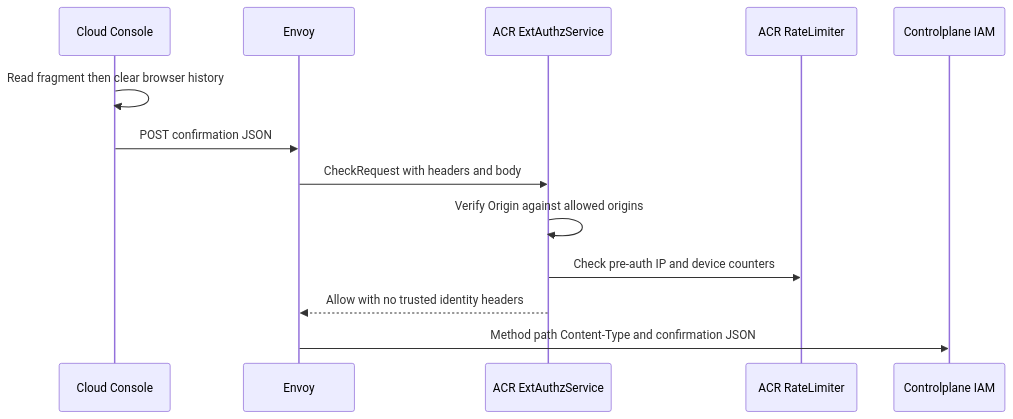
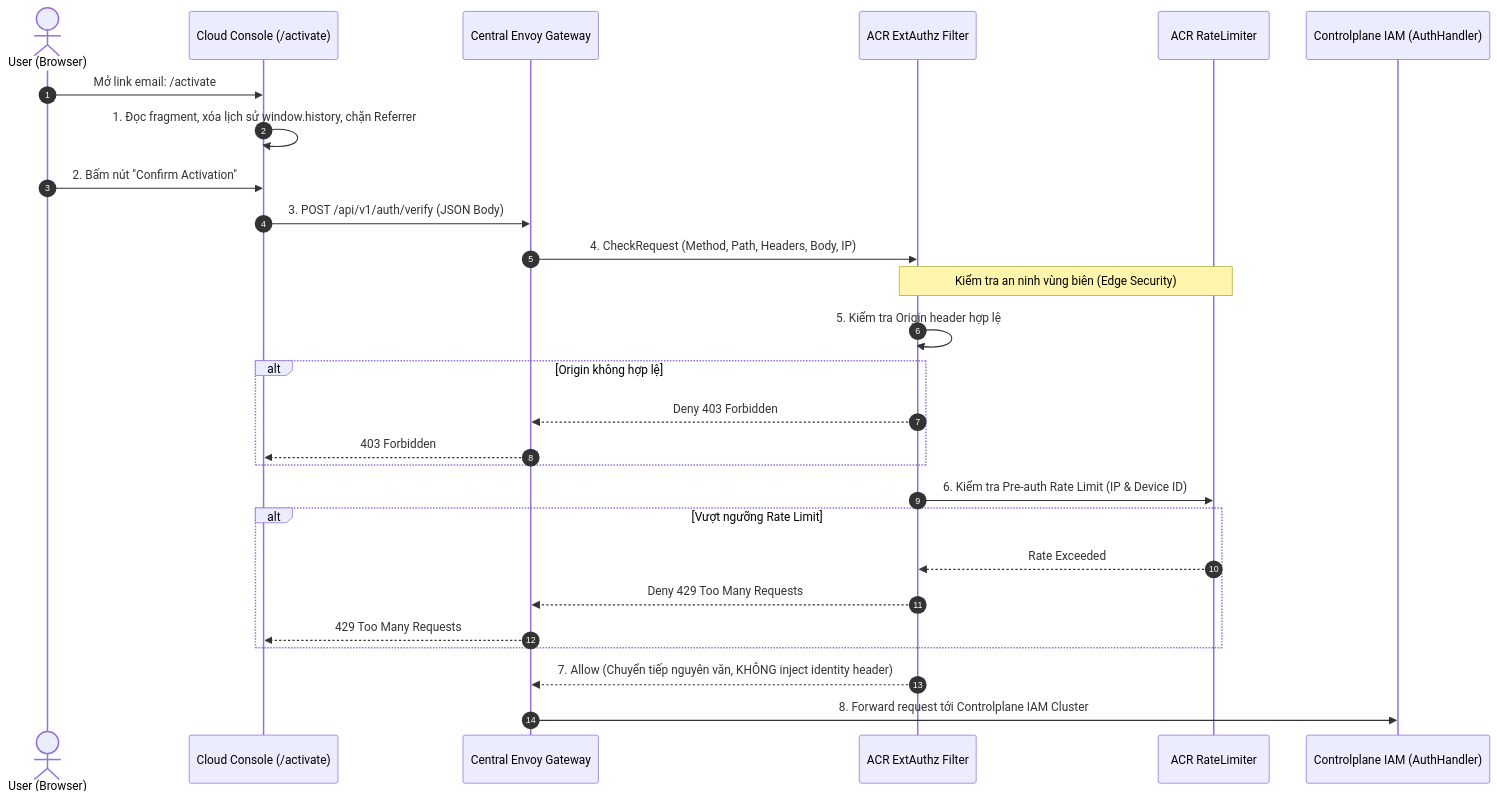
The first of 5 diagrams in god_view/iam/account_verification_god_view_workflow.md (phucle996/aurora), drawn with Mermaid before and after one commit. The commit also changed other lines of this file and 14 other files, not shown here.

Commit message:
fix(acr): reclaim device revocations and emit eviction streams directly

````diff
--- a/god_view/iam/account_verification_god_view_workflow.md
+++ b/god_view/iam/account_verification_god_view_workflow.md
@@ -64,16 +78,32 @@
 ```mermaid
 sequenceDiagram
-    participant UI as Cloud Console
-    participant E as Envoy
-    participant X as ACR ExtAuthzService
+    autonumber
+    actor User as User (Browser)
+    participant UI as Cloud Console (/activate)
+    participant Envoy as Central Envoy Gateway
+    participant ACR as ACR ExtAuthz Filter
     participant RL as ACR RateLimiter
-    participant IAM as Controlplane IAM
+    participant IAM as Controlplane IAM (AuthHandler)
 
-    UI->>UI: Read fragment then clear browser history
-    UI->>E: POST confirmation JSON
-    E->>X: CheckRequest with headers and body
-    X->>X: Verify Origin against allowed origins
-    X->>RL: Check pre-auth IP and device counters
-    X-->>E: Allow with no trusted identity headers
-    E->>IAM: Method path Content-Type and confirmation JSON
+    User->>UI: Mở link email: /activate#user_id=...&event_id=...&token=...
+    UI->>UI: 1. Đọc fragment, xóa lịch sử window.history, chặn Referrer
+    User->>UI: 2. Bấm nút "Confirm Activation"
+    UI->>Envoy: 3. POST /api/v1/auth/verify (JSON Body)
+    Envoy->>ACR: 4. CheckRequest (Method, Path, Headers, Body, IP)
+
+    Note over ACR,RL: Kiểm tra an ninh vùng biên (Edge Security)
+    ACR->>ACR: 5. Kiểm tra Origin header hợp lệ
+    alt Origin không hợp lệ
+        ACR-->>Envoy: Deny 403 Forbidden
+        Envoy-->>UI: 403 Forbidden
+    end
+    ACR->>RL: 6. Kiểm tra Pre-auth Rate Limit (IP & Device ID)
+    alt Vượt ngưỡng Rate Limit
+        RL-->>ACR: Rate Exceeded
+        ACR-->>Envoy: Deny 429 Too Many Requests
+        Envoy-->>UI: 429 Too Many Requests
+    end
+
+    ACR-->>Envoy: 7. Allow (Chuyển tiếp nguyên văn, KHÔNG inject identity header)
+    Envoy->>IAM: 8. Forward request tới Controlplane IAM Cluster
 ```
````
